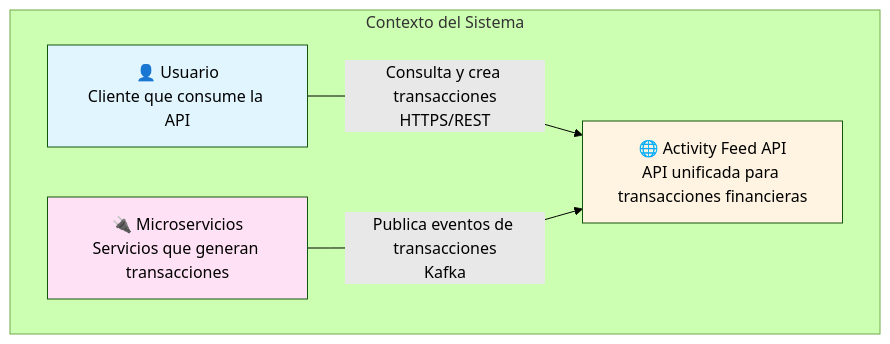
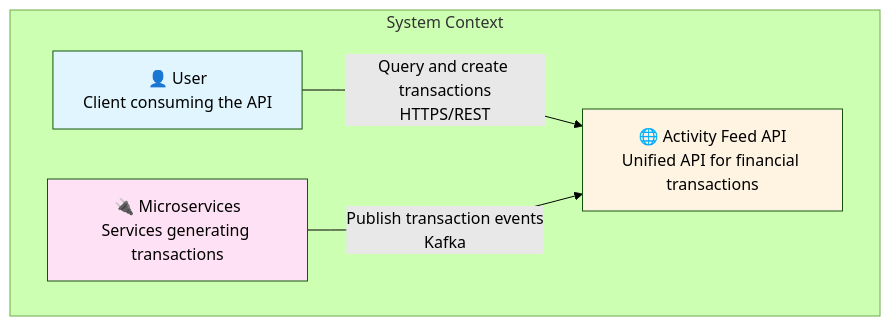
The first of 8 diagrams in README.md (echevemaster/astropay_challenge), drawn with Mermaid (forest theme) before and after one commit. The commit also changed other lines of this file, not shown here.

````diff
--- a/README.md
+++ b/README.md
@@ -87,15 +87,15 @@
 ```mermaid
 graph TB
-    subgraph "Contexto del Sistema"
-        User[👤 Usuario<br/>Cliente que consume la API]
-        API[🌐 Activity Feed API<br/>API unificada para transacciones financieras]
-        Microservices[🔌 Microservicios<br/>Servicios que generan transacciones]
+    subgraph "System Context"
+        User[👤 User<br/>Client consuming the API]
+        API[🌐 Activity Feed API<br/>Unified API for financial transactions]
+        Microservices[🔌 Microservices<br/>Services generating transactions]
     end
     
-    User -->|Consulta y crea transacciones<br/>HTTPS/REST| API
-    Microservices -->|Publica eventos de transacciones<br/>Kafka| API
+    User -->|Query and create transactions<br/>HTTPS/REST| API
+    Microservices -->|Publish transaction events<br/>Kafka| API
     
     style User fill:#e1f5ff
     style API fill:#fff4e1
     style Microservices fill:#ffe1f5
 ```
````
